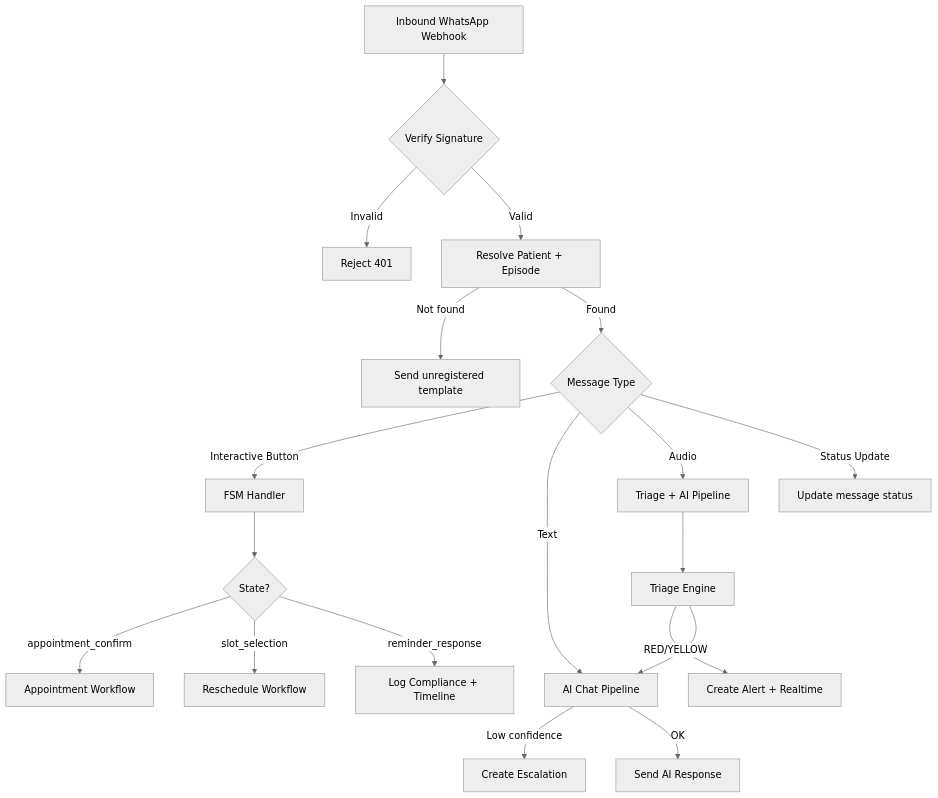
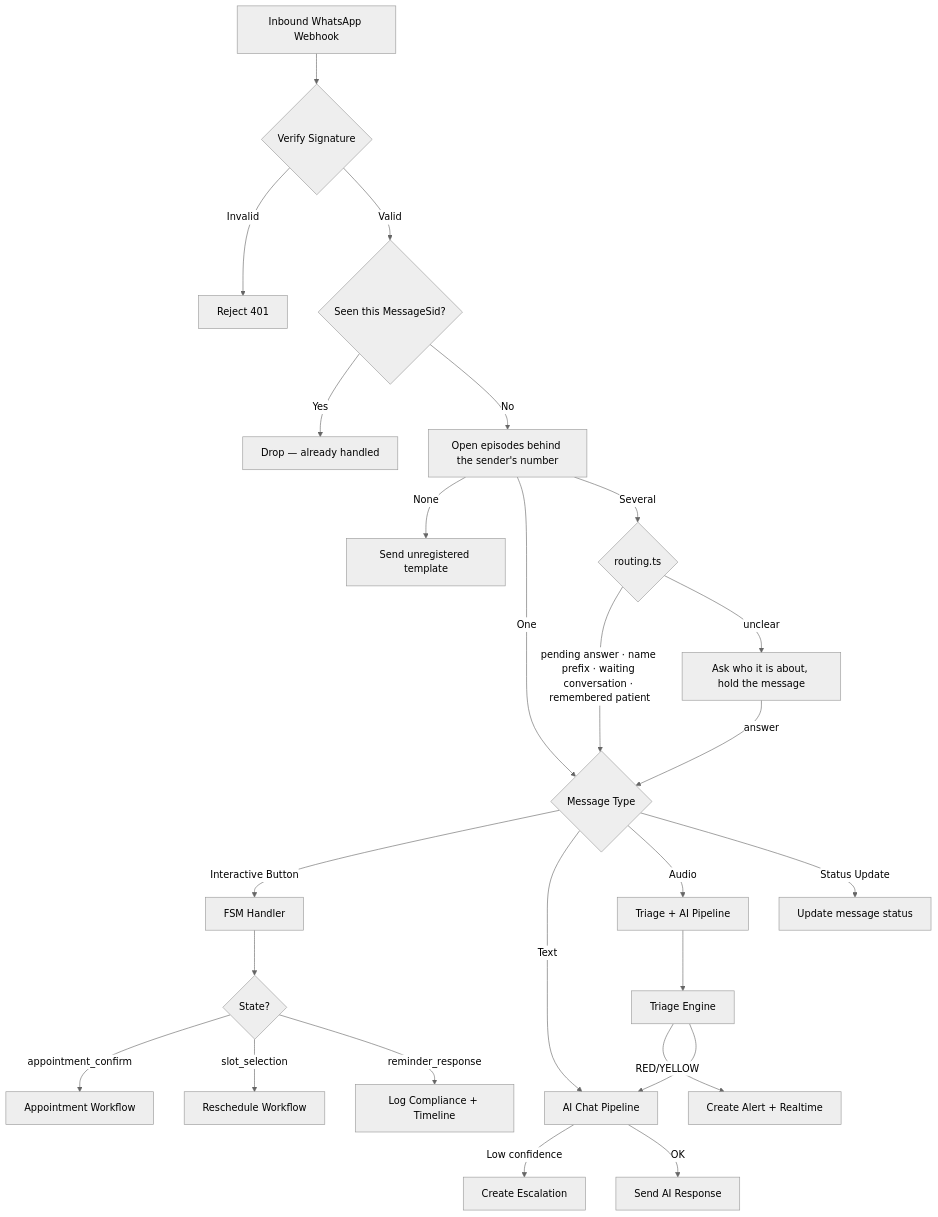
Before and after one commit to FuadAhamed91/-DischargeIQ: the fifth of 10 diagrams in ARCHITECTURE.md, drawn with Mermaid (neutral theme). The commit also changed other lines of this file, not shown here.

First line of the commit message:
docs: ARCHITECTURE — identity resolution for a shared number, the sessions table, the router

````diff
--- a/ARCHITECTURE.md
+++ b/ARCHITECTURE.md
@@ -878,25 +905,31 @@
 ```mermaid
 flowchart TD
     A[Inbound WhatsApp Webhook] --> B{Verify Signature}
     B -->|Invalid| Z[Reject 401]
-    B -->|Valid| C[Resolve Patient + Episode]
-    C -->|Not found| D[Send unregistered template]
-    C -->|Found| E{Message Type}
+    B -->|Valid| B2{Seen this MessageSid?}
+    B2 -->|Yes| B3[Drop — already handled]
+    B2 -->|No| C[Open episodes behind the sender's number]
+    C -->|None| D[Send unregistered template]
+    C -->|One| E{Message Type}
+    C -->|Several| R{routing.ts}
+    R -->|pending answer · name prefix · waiting conversation · remembered patient| E
+    R -->|unclear| R2[Ask who it is about, hold the message]
+    R2 -->|answer| E
 
     E -->|Interactive Button| F[FSM Handler]
     E -->|Text| G[AI Chat Pipeline]
     E -->|Audio| H[Triage + AI Pipeline]
     E -->|Status Update| I[Update message status]
 
     F --> J{State?}
     J -->|appointment_confirm| K[Appointment Workflow]
     J -->|slot_selection| L[Reschedule Workflow]
     J -->|reminder_response| M[Log Compliance + Timeline]
 
     H --> N[Triage Engine]
     N -->|RED/YELLOW| O[Create Alert + Realtime]
     N --> G
 
     G -->|Low confidence| P[Create Escalation]
     G -->|OK| Q[Send AI Response]
 ```
````
